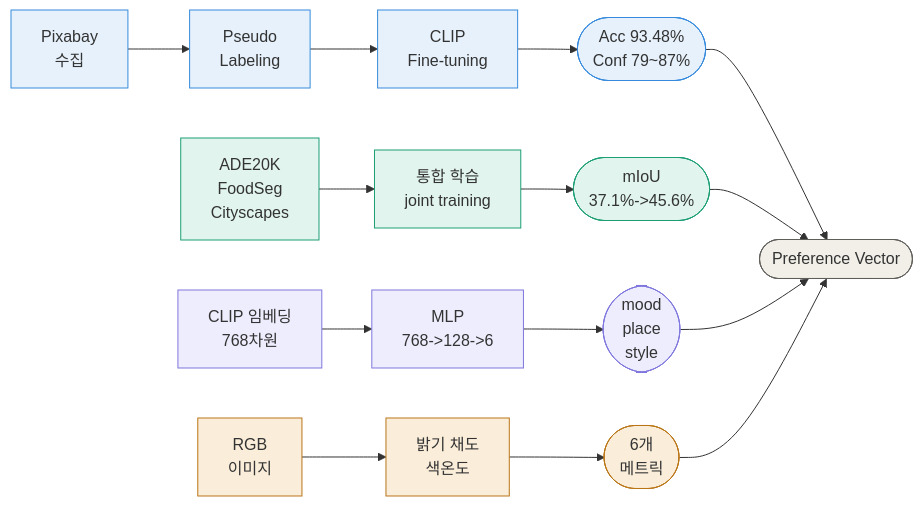
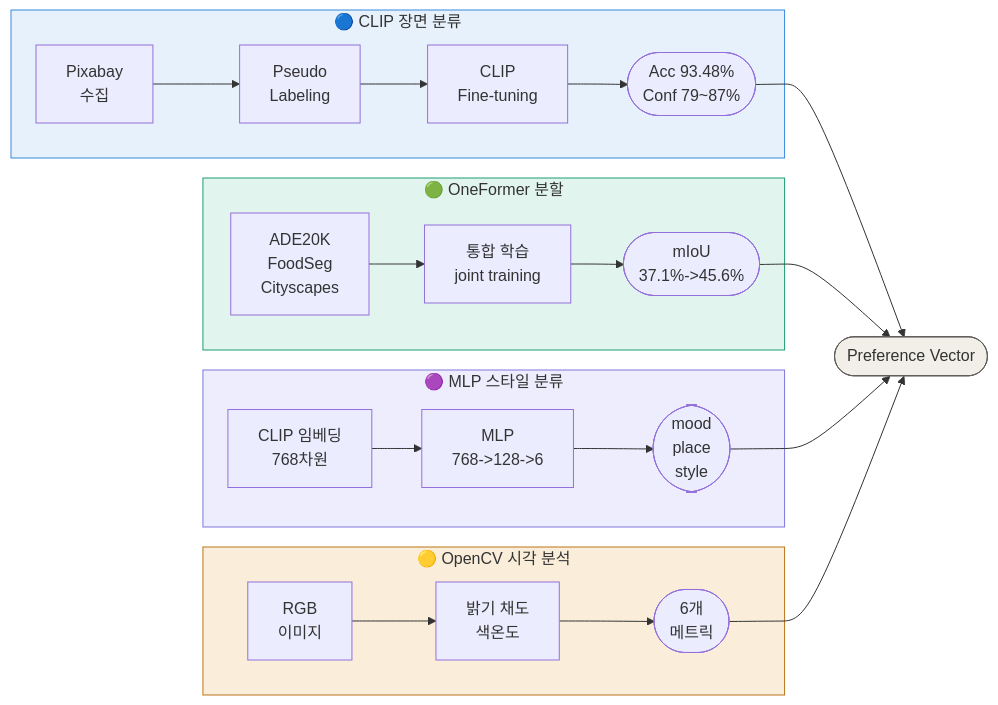
The second of 2 diagrams in README.md (ysnni2/PhotoTrip), drawn with Mermaid before and after one commit.

Commit message:
docs: 모델 학습 구조 다이어그램 subgraph LR + 이모지 레이블 복원

````diff
--- a/README.md
+++ b/README.md
@@ -185,29 +185,31 @@
 ```mermaid
 flowchart LR
-    A["Pixabay\n수집"] --> B["Pseudo\nLabeling"] --> C["CLIP\nFine-tuning"] --> R1(["Acc 93.48%\nConf 79~87%"])
-    D["ADE20K\nFoodSeg\nCityscapes"] --> E["통합 학습\njoint training"] --> R2(["mIoU\n37.1%->45.6%"])
-    F["CLIP 임베딩\n768차원"] --> G["MLP\n768->128->6"] --> R3(["mood\nplace\nstyle"])
-    H["RGB\n이미지"] --> I["밝기 채도\n색온도"] --> R4(["6개\n메트릭"])
+    subgraph CLIP["🔵 CLIP 장면 분류"]
+        A["Pixabay\n수집"] --> B["Pseudo\nLabeling"] --> C["CLIP\nFine-tuning"] --> R1(["Acc 93.48%\nConf 79~87%"])
+    end
+
+    subgraph ONE["🟢 OneFormer 분할"]
+        D["ADE20K\nFoodSeg\nCityscapes"] --> E["통합 학습\njoint training"] --> R2(["mIoU\n37.1%->45.6%"])
+    end
+
+    subgraph MLP["🟣 MLP 스타일 분류"]
+        F["CLIP 임베딩\n768차원"] --> G["MLP\n768->128->6"] --> R3(["mood\nplace\nstyle"])
+    end
+
+    subgraph OCV["🟡 OpenCV 시각 분석"]
+        H["RGB\n이미지"] --> I["밝기 채도\n색온도"] --> R4(["6개\n메트릭"])
+    end
 
     R1 --> PV
     R2 --> PV
     R3 --> PV
     R4 --> PV
 
     PV(["Preference Vector"])
 
-    style A fill:#e6f1fb,stroke:#378add
-    style B fill:#e6f1fb,stroke:#378add
-    style C fill:#e6f1fb,stroke:#378add
-    style R1 fill:#e6f1fb,stroke:#378add
-    style D fill:#e1f5ee,stroke:#1d9e75
-    style E fill:#e1f5ee,stroke:#1d9e75
-    style R2 fill:#e1f5ee,stroke:#1d9e75
-    style F fill:#eeedfe,stroke:#7f77dd
-    style G fill:#eeedfe,stroke:#7f77dd
-    style R3 fill:#eeedfe,stroke:#7f77dd
-    style H fill:#faeeda,stroke:#ba7517
-    style I fill:#faeeda,stroke:#ba7517
-    style R4 fill:#faeeda,stroke:#ba7517
+    style CLIP fill:#e6f1fb,stroke:#378add
+    style ONE fill:#e1f5ee,stroke:#1d9e75
+    style MLP fill:#eeedfe,stroke:#7f77dd
+    style OCV fill:#faeeda,stroke:#ba7517
     style PV fill:#f1efe8,stroke:#5f5e5a
 ```
````
